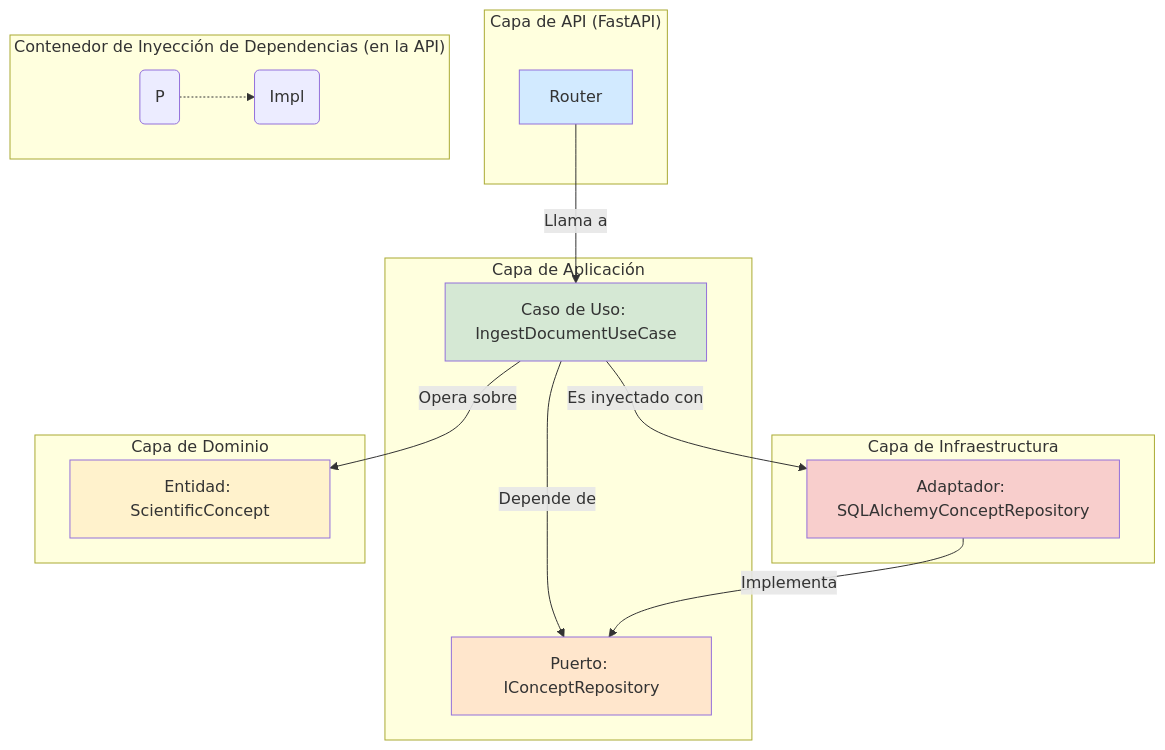
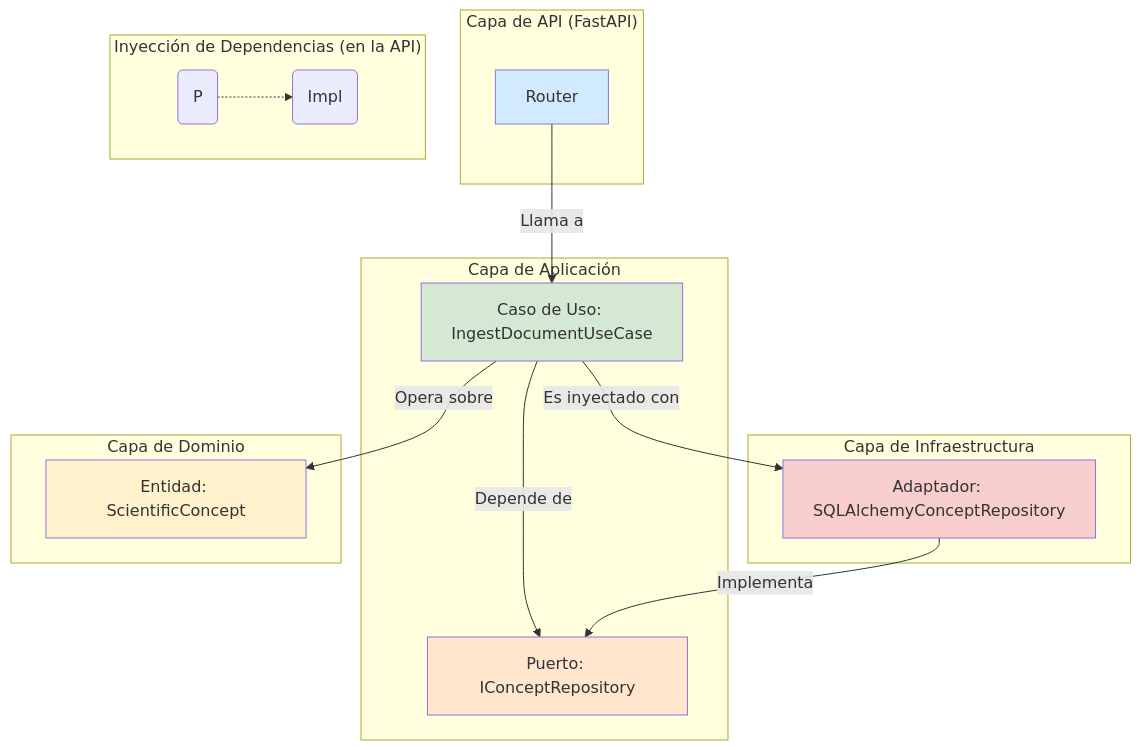
One commit to SunNeurotron/Aletheia changed the diagram in Aletheia_v3/README.md. Above: the diagram before and after it, drawn with Mermaid. The commit also changed other lines of this file and 7 other files, not shown here.

````diff
--- a/Aletheia_v3/README.md
+++ b/Aletheia_v3/README.md
@@ -18,38 +16,37 @@
 ```mermaid
 graph TD
     subgraph "Capa de API (FastAPI)"
         R[Router]
     end
 
     subgraph "Capa de Aplicación"
         UC[Caso de Uso: IngestDocumentUseCase]
         P[Puerto: IConceptRepository]
     end
 
     subgraph "Capa de Infraestructura"
         Impl[Adaptador: SQLAlchemyConceptRepository]
     end
 
     subgraph "Capa de Dominio"
         E[Entidad: ScientificConcept]
     end
 
     R -- Llama a --> UC
     UC -- Depende de --> P
     UC -- Opera sobre --> E
     Impl -- Implementa --> P
 
-    %% Inyección de Dependencias
-    subgraph "Contenedor de Inyección de Dependencias (en la API)"
+    subgraph "Inyección de Dependencias (en la API)"
         direction LR
         Dep1(P) -.-> Dep2(Impl)
     end
 
     UC -- Es inyectado con --> Impl
 
     style R fill:#d2eaff
     style UC fill:#d5e8d4
     style P fill:#ffe6cc
     style Impl fill:#f8cecc
     style E fill:#fff2cc
 ```
````
